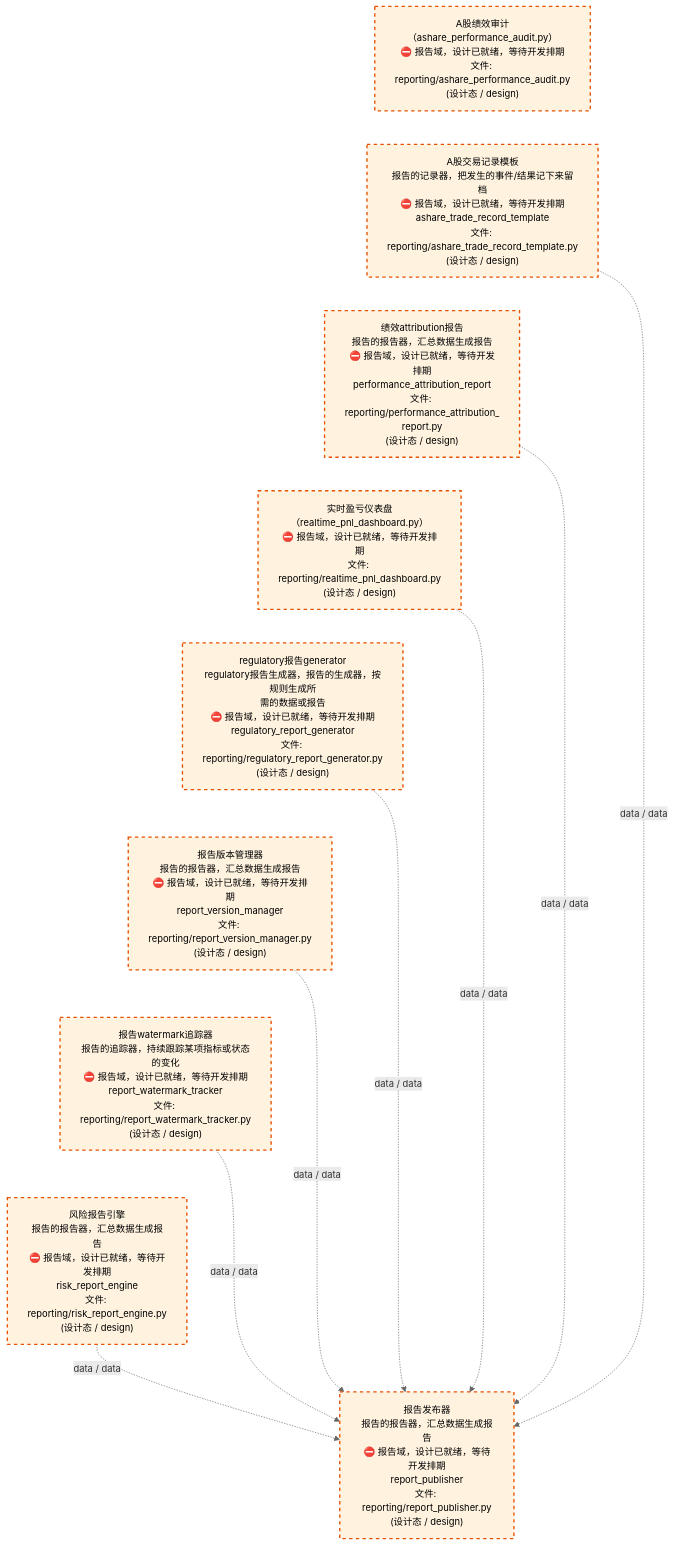
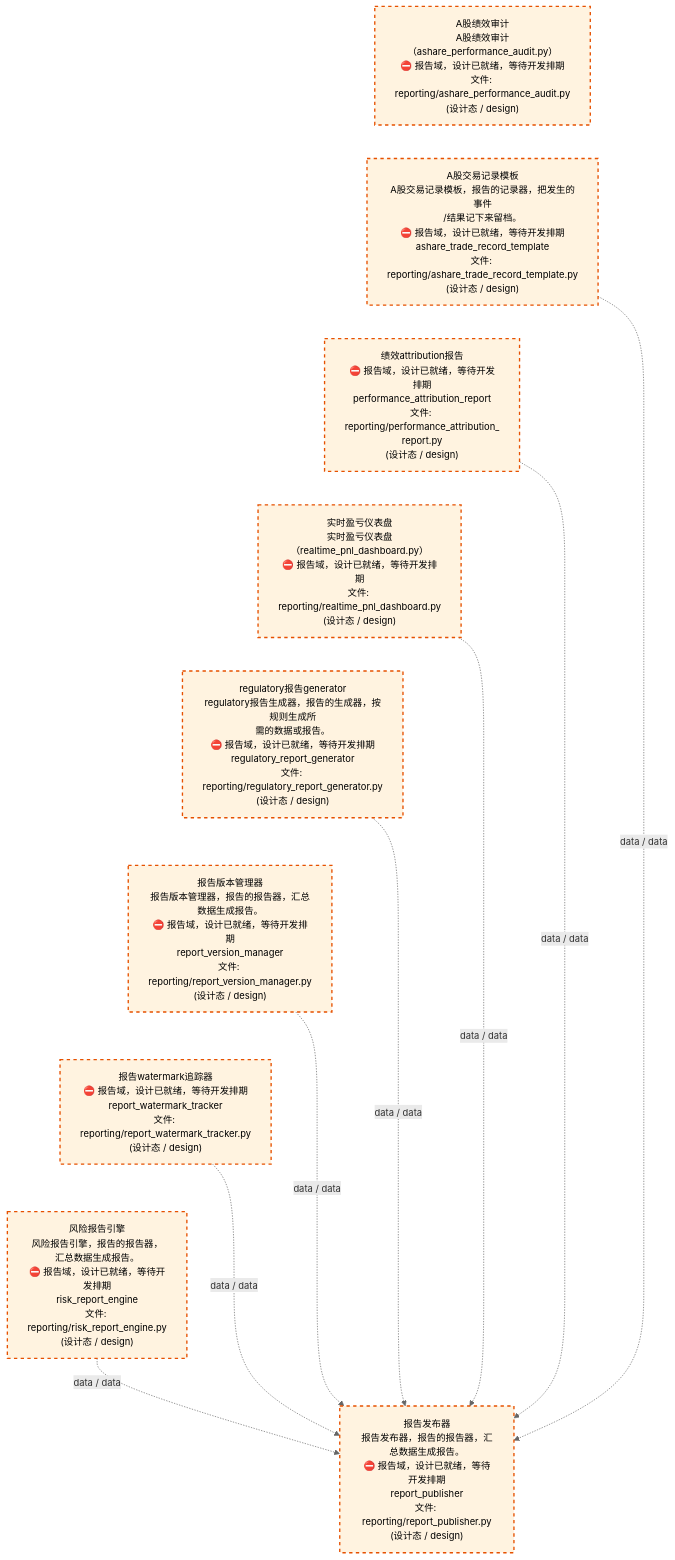
The third of 4 diagrams in docs/02_enterprise_architecture/02_domain_architecture_docs/26_d_reporting.md (xuanFelixVan/ZephyrAlpha), drawn with Mermaid before and after one commit. The commit also changed other lines of this file and 61 other files, not shown here.

````diff
--- a/docs/02_enterprise_architecture/02_domain_architecture_docs/26_d_reporting.md
+++ b/docs/02_enterprise_architecture/02_domain_architecture_docs/26_d_reporting.md
@@ -137,32 +137,32 @@
 ```mermaid
 %%{init: {'theme': 'base', 'themeVariables': {'primaryColor': '#eaeaea', 'primaryTextColor': '#333333', 'primaryBorderColor': '#666666', 'lineColor': '#666666', 'secondaryColor': '#eaeaea', 'tertiaryColor': '#eaeaea', 'fontSize': '14px'}}}%%
 flowchart TD
-    src_zephyr_reporting_ashare_performance_audit_py["A股绩效审计<br/>（ashare_performance_audit.py）<br/>⛔ 报告域，设计已就绪，等待开发排期<br/>文件: reporting/ashare_performance_audit.py<br/>(设计态 / design)"]
-    src_zephyr_reporting_ashare_trade_record_template_py["A股交易记录模板<br/>报告的记录器，把发生的事件/结果记下来留档<br/>⛔ 报告域，设计已就绪，等待开发排期<br/>ashare_trade_record_template<br/>文件: reporting/ashare_trade_record_template.py<br/>(设计态 / design)"]
-    src_zephyr_reporting_performance_attribution_report_py["绩效attribution报告<br/>报告的报告器，汇总数据生成报告<br/>⛔ 报告域，设计已就绪，等待开发排期<br/>performance_attribution_report<br/>文件: reporting/performance_attribution_<br/>report.py<br/>(设计态 / design)"]
-    src_zephyr_reporting_realtime_pnl_dashboard_py["实时盈亏仪表盘<br/>（realtime_pnl_dashboard.py）<br/>⛔ 报告域，设计已就绪，等待开发排期<br/>文件: reporting/realtime_pnl_dashboard.py<br/>(设计态 / design)"]
-    src_zephyr_reporting_regulatory_report_generator_py["regulatory报告generator<br/>regulatory报告生成器，报告的生成器，按规则生成所<br/>需的数据或报告<br/>⛔ 报告域，设计已就绪，等待开发排期<br/>regulatory_report_generator<br/>文件: reporting/regulatory_report_generator.py<br/>(设计态 / design)"]
-    src_zephyr_reporting_report_version_manager_py["报告版本管理器<br/>报告的报告器，汇总数据生成报告<br/>⛔ 报告域，设计已就绪，等待开发排期<br/>report_version_manager<br/>文件: reporting/report_version_manager.py<br/>(设计态 / design)"]
-    src_zephyr_reporting_report_watermark_tracker_py["报告watermark追踪器<br/>报告的追踪器，持续跟踪某项指标或状态的变化<br/>⛔ 报告域，设计已就绪，等待开发排期<br/>report_watermark_tracker<br/>文件: reporting/report_watermark_tracker.py<br/>(设计态 / design)"]
-    src_zephyr_reporting_risk_report_engine_py["风险报告引擎<br/>报告的报告器，汇总数据生成报告<br/>⛔ 报告域，设计已就绪，等待开发排期<br/>risk_report_engine<br/>文件: reporting/risk_report_engine.py<br/>(设计态 / design)"]
+    src_zephyr_reporting_ashare_performance_audit_py["A股绩效审计<br/>A股绩效审计（ashare_performance_audit.py）<br/>⛔ 报告域，设计已就绪，等待开发排期<br/>文件: reporting/ashare_performance_audit.py<br/>(设计态 / design)"]
+    src_zephyr_reporting_ashare_trade_record_template_py["A股交易记录模板<br/>A股交易记录模板，报告的记录器，把发生的事件<br/>/结果记下来留档。<br/>⛔ 报告域，设计已就绪，等待开发排期<br/>ashare_trade_record_template<br/>文件: reporting/ashare_trade_record_template.py<br/>(设计态 / design)"]
+    src_zephyr_reporting_performance_attribution_report_py["绩效attribution报告<br/>⛔ 报告域，设计已就绪，等待开发排期<br/>performance_attribution_report<br/>文件: reporting/performance_attribution_<br/>report.py<br/>(设计态 / design)"]
+    src_zephyr_reporting_realtime_pnl_dashboard_py["实时盈亏仪表盘<br/>实时盈亏仪表盘（realtime_pnl_dashboard.py）<br/>⛔ 报告域，设计已就绪，等待开发排期<br/>文件: reporting/realtime_pnl_dashboard.py<br/>(设计态 / design)"]
+    src_zephyr_reporting_regulatory_report_generator_py["regulatory报告generator<br/>regulatory报告生成器，报告的生成器，按规则生成所<br/>需的数据或报告。<br/>⛔ 报告域，设计已就绪，等待开发排期<br/>regulatory_report_generator<br/>文件: reporting/regulatory_report_generator.py<br/>(设计态 / design)"]
+    src_zephyr_reporting_report_version_manager_py["报告版本管理器<br/>报告版本管理器，报告的报告器，汇总数据生成报告。<br/>⛔ 报告域，设计已就绪，等待开发排期<br/>report_version_manager<br/>文件: reporting/report_version_manager.py<br/>(设计态 / design)"]
+    src_zephyr_reporting_report_watermark_tracker_py["报告watermark追踪器<br/>⛔ 报告域，设计已就绪，等待开发排期<br/>report_watermark_tracker<br/>文件: reporting/report_watermark_tracker.py<br/>(设计态 / design)"]
+    src_zephyr_reporting_risk_report_engine_py["风险报告引擎<br/>风险报告引擎，报告的报告器，汇总数据生成报告。<br/>⛔ 报告域，设计已就绪，等待开发排期<br/>risk_report_engine<br/>文件: reporting/risk_report_engine.py<br/>(设计态 / design)"]
     src_zephyr_reporting_ashare_performance_audit_py ~~~ src_zephyr_reporting_ashare_trade_record_template_py
     src_zephyr_reporting_ashare_trade_record_template_py ~~~ src_zephyr_reporting_performance_attribution_report_py
     src_zephyr_reporting_performance_attribution_report_py ~~~ src_zephyr_reporting_realtime_pnl_dashboard_py
     src_zephyr_reporting_realtime_pnl_dashboard_py ~~~ src_zephyr_reporting_regulatory_report_generator_py
     src_zephyr_reporting_regulatory_report_generator_py ~~~ src_zephyr_reporting_report_version_manager_py
     src_zephyr_reporting_report_version_manager_py ~~~ src_zephyr_reporting_report_watermark_tracker_py
     src_zephyr_reporting_report_watermark_tracker_py ~~~ src_zephyr_reporting_risk_report_engine_py
-    src_zephyr_reporting_report_publisher_py["报告发布器<br/>报告的报告器，汇总数据生成报告<br/>⛔ 报告域，设计已就绪，等待开发排期<br/>report_publisher<br/>文件: reporting/report_publisher.py<br/>(设计态 / design)"]
+    src_zephyr_reporting_report_publisher_py["报告发布器<br/>报告发布器，报告的报告器，汇总数据生成报告。<br/>⛔ 报告域，设计已就绪，等待开发排期<br/>report_publisher<br/>文件: reporting/report_publisher.py<br/>(设计态 / design)"]
     src_zephyr_reporting_ashare_trade_record_template_py -.->|data / data| src_zephyr_reporting_report_publisher_py
     src_zephyr_reporting_realtime_pnl_dashboard_py -.->|data / data| src_zephyr_reporting_report_publisher_py
     src_zephyr_reporting_regulatory_report_generator_py -.->|data / data| src_zephyr_reporting_report_publisher_py
     src_zephyr_reporting_risk_report_engine_py -.->|data / data| src_zephyr_reporting_report_publisher_py
     src_zephyr_reporting_report_version_manager_py -.->|data / data| src_zephyr_reporting_report_publisher_py
     src_zephyr_reporting_performance_attribution_report_py -.->|data / data| src_zephyr_reporting_report_publisher_py
     src_zephyr_reporting_report_watermark_tracker_py -.->|data / data| src_zephyr_reporting_report_publisher_py
     classDef production fill:#e1f5fe,stroke:#01579b,stroke-width:2px,color:#000
     classDef design fill:#fff3e0,stroke:#e65100,stroke-width:2px,color:#000,stroke-dasharray: 5 5
     classDef external_prod fill:#e8f4fd,stroke:#0277bd,stroke-width:1px,color:#000
     classDef external_design fill:#fff8e7,stroke:#ef6c00,stroke-width:1px,color:#000,stroke-dasharray: 5 5
     class src_zephyr_reporting_ashare_performance_audit_py,src_zephyr_reporting_ashare_trade_record_template_py,src_zephyr_reporting_performance_attribution_report_py,src_zephyr_reporting_realtime_pnl_dashboard_py,src_zephyr_reporting_regulatory_report_generator_py,src_zephyr_reporting_report_publisher_py,src_zephyr_reporting_report_version_manager_py,src_zephyr_reporting_report_watermark_tracker_py,src_zephyr_reporting_risk_report_engine_py design
 ```
````
